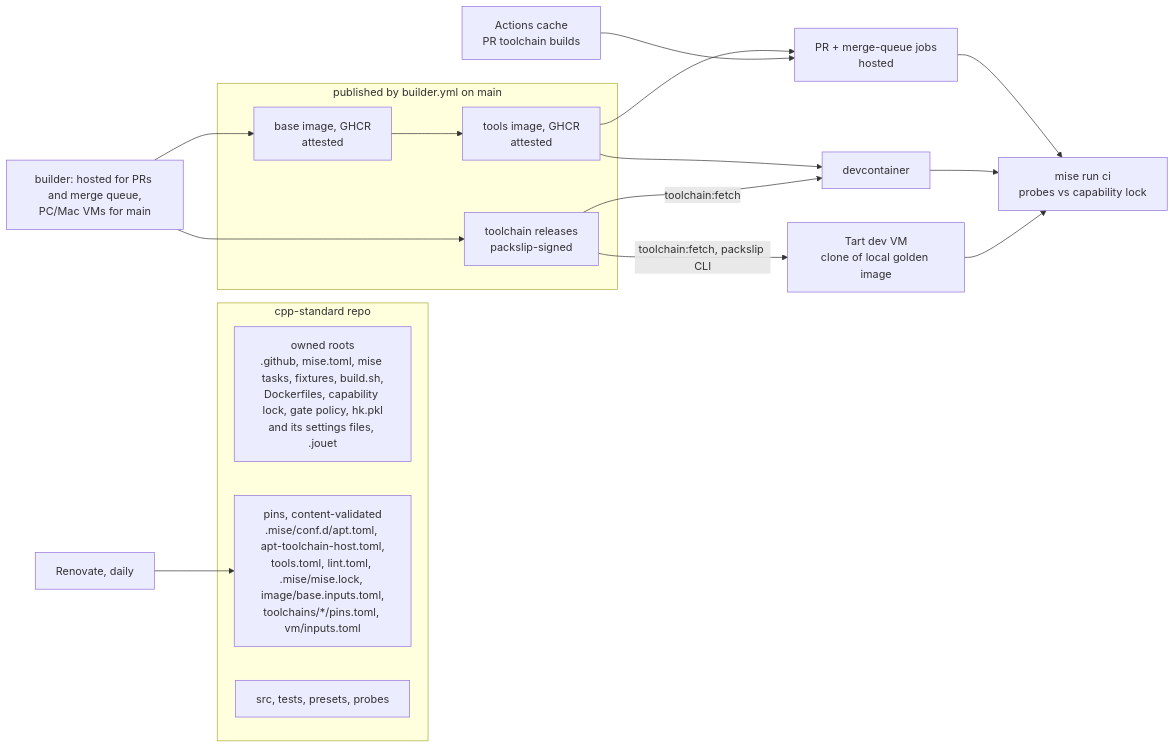
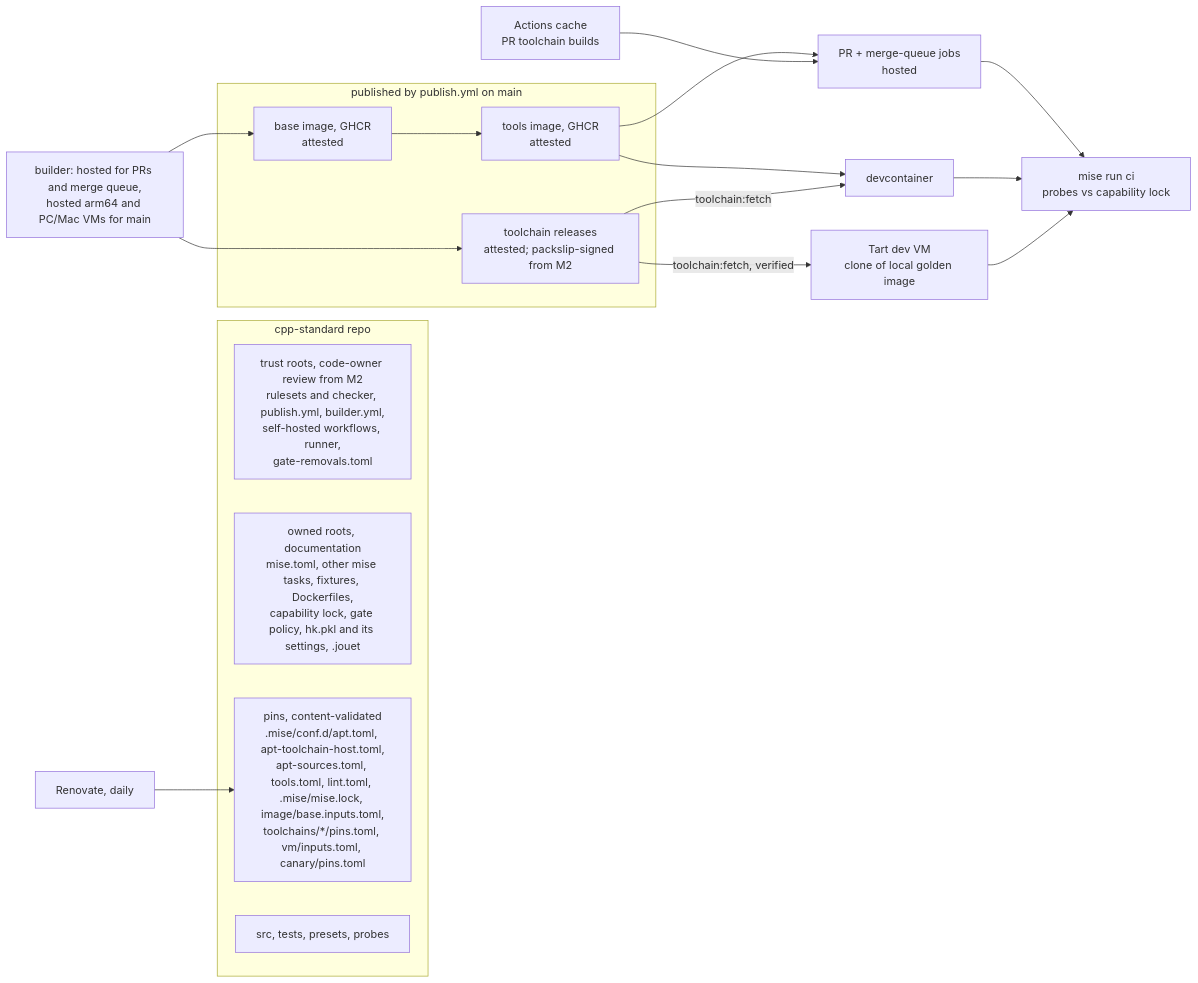
The first of 2 diagrams in docs/designs/environment-standard.md (ray-manaloto/cpp-standard), drawn with Mermaid before and after one commit. The commit also changed other lines of this file and 11 other files, not shown here.

````diff
--- a/docs/designs/environment-standard.md
+++ b/docs/designs/environment-standard.md
@@ -358,25 +365,26 @@
 ```mermaid
 flowchart LR
   subgraph repo[cpp-standard repo]
-    OWN[owned roots<br/>.github, mise.toml, mise tasks, fixtures, build.sh,<br/>Dockerfiles, capability lock, gate policy, hk.pkl<br/>and its settings files, .jouet]
-    PINS[pins, content-validated<br/>.mise/conf.d/apt.toml, apt-toolchain-host.toml,<br/>tools.toml, lint.toml, .mise/mise.lock, image/base.inputs.toml,<br/>toolchains/*/pins.toml, vm/inputs.toml]
+    TRUST[trust roots, code-owner review from M2<br/>rulesets and checker, publish.yml, builder.yml,<br/>self-hosted workflows, runner,<br/>gate-removals.toml]
+    OWN[owned roots, documentation<br/>mise.toml, other mise tasks, fixtures, Dockerfiles,<br/>capability lock, gate policy, hk.pkl and its settings, .jouet]
+    PINS[pins, content-validated<br/>.mise/conf.d/apt.toml, apt-toolchain-host.toml,<br/>apt-sources.toml, tools.toml, lint.toml, .mise/mise.lock, image/base.inputs.toml,<br/>toolchains/*/pins.toml, vm/inputs.toml, canary/pins.toml]
     CODE[src, tests, presets, probes]
   end
-  subgraph out[published by builder.yml on main]
-    TA[toolchain releases<br/>packslip-signed]
+  subgraph out[published by publish.yml on main]
+    TA[toolchain releases<br/>attested; packslip-signed from M2]
     BASE[base image, GHCR<br/>attested]
     TOOLS[tools image, GHCR<br/>attested]
   end
-  BUILDER[builder: hosted for PRs and merge queue,<br/>PC/Mac VMs for main] --> TA
+  BUILDER[builder: hosted for PRs and merge queue,<br/>hosted arm64 and PC/Mac VMs for main] --> TA
   BUILDER --> BASE --> TOOLS
   TOOLS --> JOB[PR + merge-queue jobs<br/>hosted]
   CACHE[Actions cache<br/>PR toolchain builds] --> JOB
-  TA -->|toolchain:fetch, packslip CLI| VM
+  TA -->|toolchain:fetch, verified| VM
   TOOLS --> DC[devcontainer]
   TA -->|toolchain:fetch| DC
   VM[Tart dev VM<br/>clone of local golden image]
   JOB --> CI[mise run ci<br/>probes vs capability lock]
   DC --> CI
   VM --> CI
   REN[Renovate, daily] --> PINS
 ```
````
